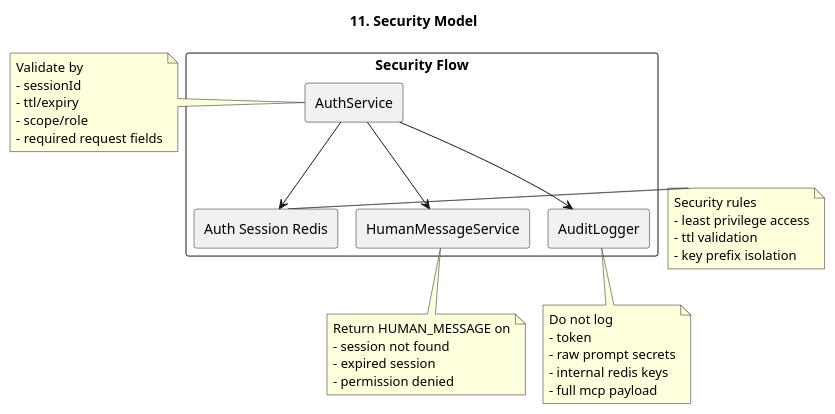
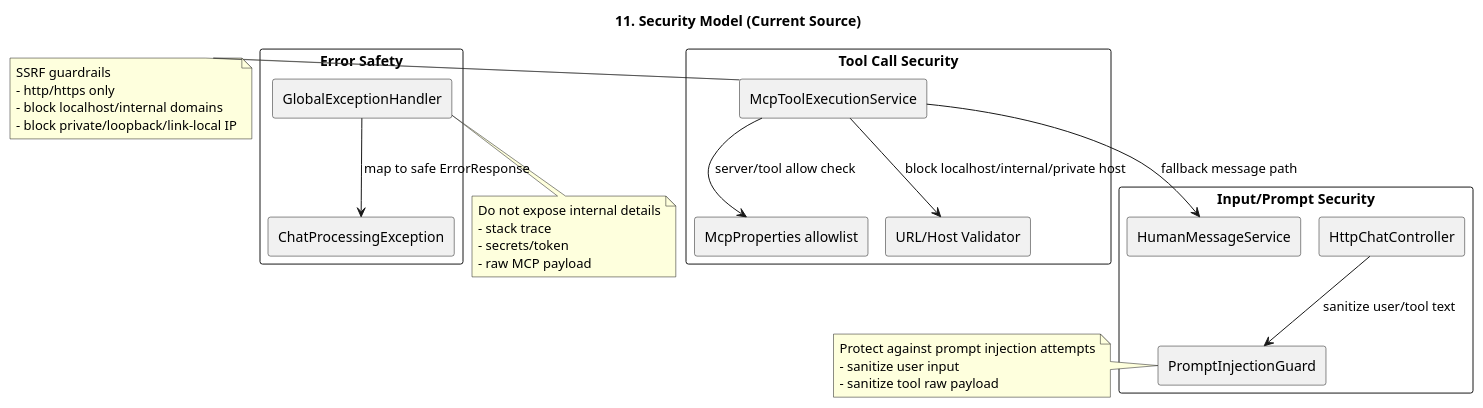
The diagram in documents/mcp-orchestrator-architecture/11-security-model.puml (kim57uak/spring-ai), drawn with PlantUML before and after one commit. The commit also changed 63 other files, not shown here.

Commit message:
Refactor agent architecture, exception layering, and docs sync

```diff
--- a/documents/mcp-orchestrator-architecture/11-security-model.puml
+++ b/documents/mcp-orchestrator-architecture/11-security-model.puml
@@ -1,49 +1,51 @@
 @startuml
 !pragma layout smetana
-title 11. Security Model
+title 11. Security Model (Current Source)
 
 skinparam shadowing false
 skinparam componentStyle rectangle
 
-rectangle "Security Flow" {
-  [AuthService] as AuthFilter
-  [Auth Session Redis] as AuthStore
-  [HumanMessageService] as HumanMessageService
-  [AuditLogger] as AuditLogger
+rectangle "Input/Prompt Security" {
+  [HttpChatController] as Controller
+  [PromptInjectionGuard] as PromptGuard
+  [HumanMessageService] as HumanMsg
 }
 
-AuthFilter --> AuthStore
-AuthFilter --> HumanMessageService
-AuthFilter --> AuditLogger
+rectangle "Tool Call Security" {
+  [McpToolExecutionService] as ToolExec
+  [McpProperties allowlist] as AllowList
+  [URL/Host Validator] as UrlValidator
+}
 
-note right of AuthFilter
-Validate by
-- sessionId
-- ttl/expiry
-- scope/role
-- required request fields
+rectangle "Error Safety" {
+  [GlobalExceptionHandler] as ErrorHandler
+  [ChatProcessingException] as ChatException
+}
+
+Controller --> PromptGuard : sanitize user/tool text
+ToolExec --> AllowList : server/tool allow check
+ToolExec --> UrlValidator : block localhost/internal/private host
+ToolExec --> HumanMsg : fallback message path
+ErrorHandler --> ChatException : map to safe ErrorResponse
+
+note right of PromptGuard
+Protect against prompt injection attempts
+- sanitize user input
+- sanitize tool raw payload
 end note
 
-note bottom of HumanMessageService
-Return HUMAN_MESSAGE on
-- session not found
-- expired session
-- permission denied
+note right of ToolExec
+SSRF guardrails
+- http/https only
+- block localhost/internal domains
+- block private/loopback/link-local IP
 end note
 
-note bottom of AuditLogger
-Do not log
-- token
-- raw prompt secrets
-- internal redis keys
-- full mcp payload
-end note
-
-note left of AuthStore
-Security rules
-- least privilege access
-- ttl validation
-- key prefix isolation
+note bottom of ErrorHandler
+Do not expose internal details
+- stack trace
+- secrets/token
+- raw MCP payload
 end note
 
 @enduml
```
